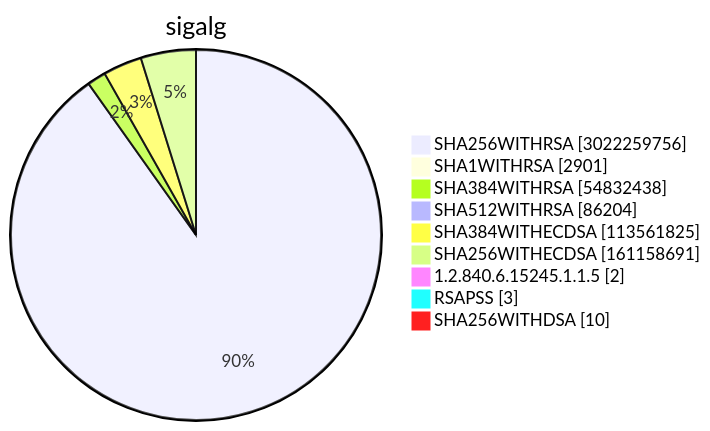
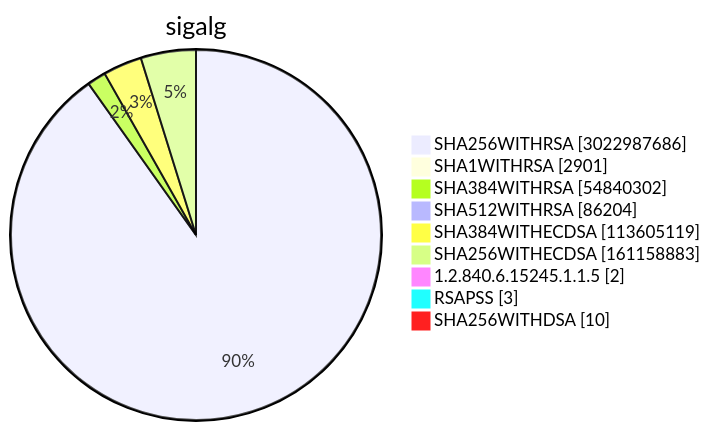
Before and after one commit to christiankrug/ctmonitor_visualization: diagram 15 of 15 in TOTAL/README.md, drawn with Mermaid. The commit also changed other lines of this file, not shown here.

````diff
--- a/TOTAL/README.md
+++ b/TOTAL/README.md
@@ -6208,13 +6208,13 @@
 ```mermaid
 pie showData
 title sigalg
-"SHA256WITHRSA" :3022259756
+"SHA256WITHRSA" :3022987686
 "SHA1WITHRSA" :2901
-"SHA384WITHRSA" :54832438
+"SHA384WITHRSA" :54840302
 "SHA512WITHRSA" :86204
-"SHA384WITHECDSA" :113561825
-"SHA256WITHECDSA" :161158691
+"SHA384WITHECDSA" :113605119
+"SHA256WITHECDSA" :161158883
 "1.2.840.6.15245.1.1.5" :2
 "RSAPSS" :3
 "SHA256WITHDSA" :10
 ```
````
